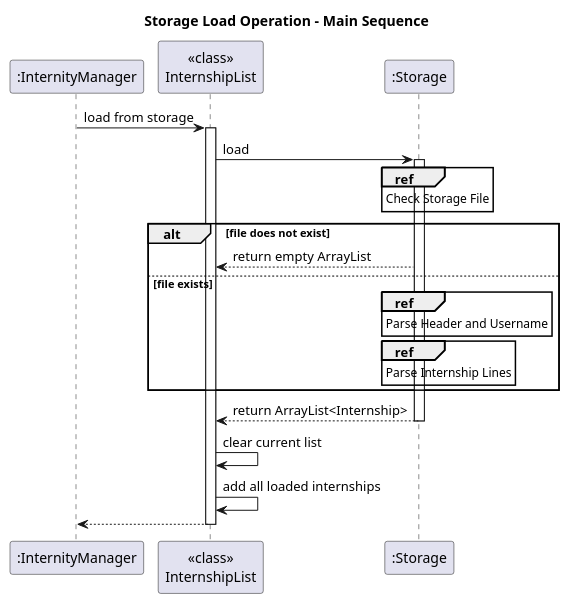
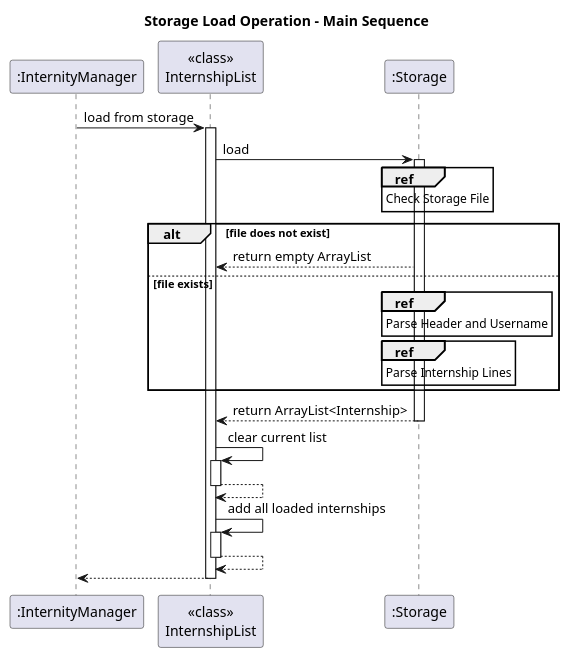
The diagram in docs/diagrams/StorageLoadSD.puml (AY2526S1-CS2113-W14-4/tp), drawn with PlantUML before and after one commit. The commit also changed 2 other files, not shown here.

```diff
--- a/docs/diagrams/StorageLoadSD.puml
+++ b/docs/diagrams/StorageLoadSD.puml
@@ -1,39 +1,45 @@
 @startuml
 title Storage Load Operation - Main Sequence
 
 participant ":InternityManager" as IM
 participant "<<class>>\nInternshipList" as IL
 participant ":Storage" as S
 
 IM -> IL: load from storage
 activate IL
 
 IL -> S: load
 activate S
 
 ref over S
     Check Storage File
 end ref
 
 alt file does not exist
     S --> IL: return empty ArrayList
 else file exists
     ref over S
         Parse Header and Username
     end ref
 
     ref over S
         Parse Internship Lines
     end ref
 end
 
 S --> IL: return ArrayList<Internship>
 deactivate S
 
 IL -> IL: clear current list
+activate IL
+IL --> IL
+deactivate IL
 IL -> IL: add all loaded internships
+activate IL
+IL --> IL
+deactivate IL
 
 IL --> IM
 deactivate IL
 
 @enduml
```
